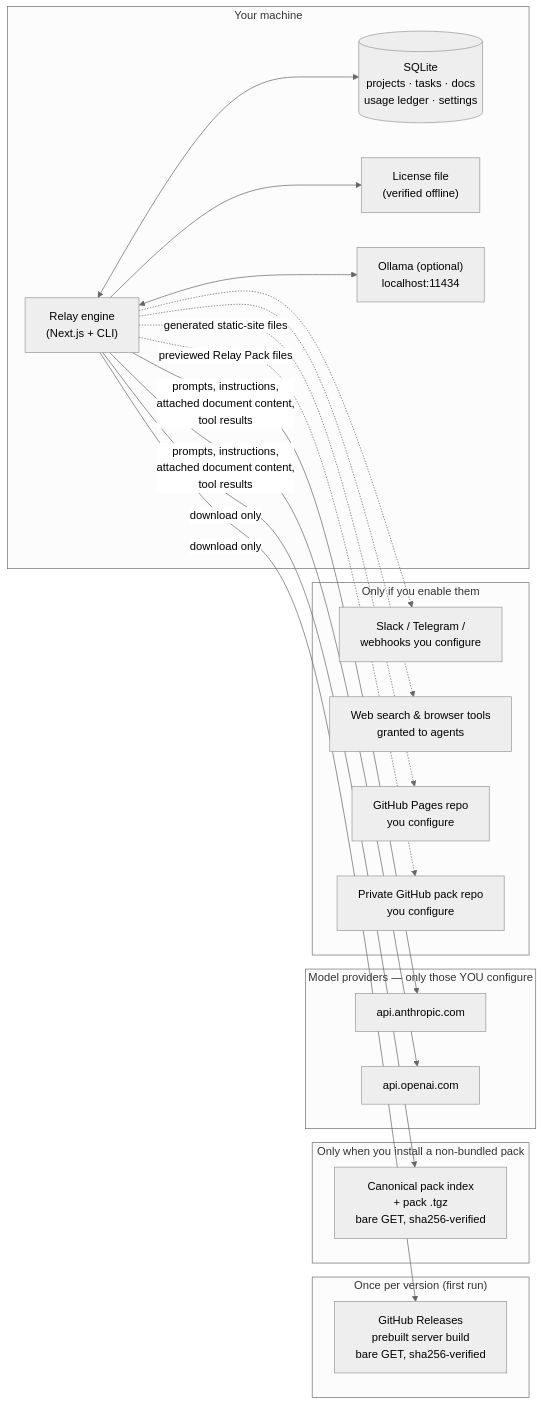
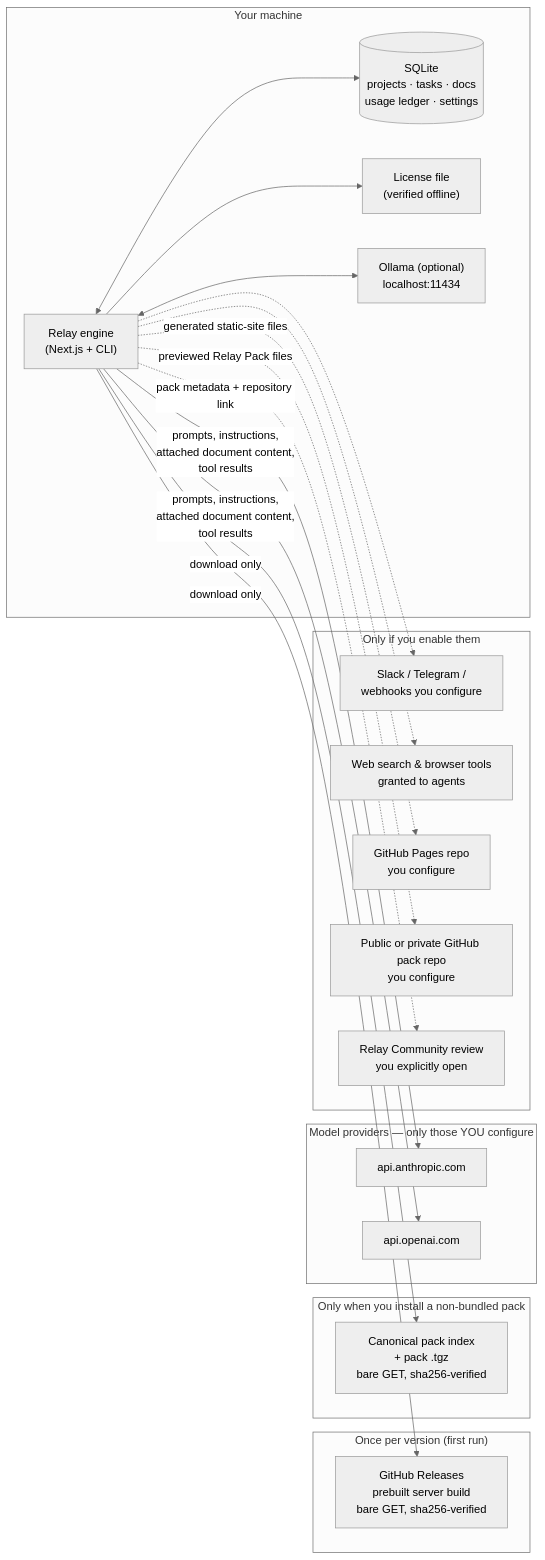
The diagram in docs/trust/data-flow.md (orionfold/relay), drawn with Mermaid (neutral theme) before and after one commit. The commit also changed other lines of this file and 41 other files, not shown here.

Commit message:
feat(packs): generalize GitHub publishing for 0.37.0

````diff
--- a/docs/trust/data-flow.md
+++ b/docs/trust/data-flow.md
@@ -15,41 +15,43 @@
 ```mermaid
 flowchart LR
     subgraph yours["Your machine"]
         relay["Relay engine<br/>(Next.js + CLI)"]
         db[("SQLite<br/>projects · tasks · docs<br/>usage ledger · settings")]
         lic["License file<br/>(verified offline)"]
         ollama["Ollama (optional)<br/>localhost:11434"]
         relay <--> db
         relay --> lic
         relay <--> ollama
     end
 
     subgraph once["Once per version (first run)"]
         gh["GitHub Releases<br/>prebuilt server build<br/>bare GET, sha256-verified"]
     end
 
     subgraph packfetch["Only when you install a non-bundled pack"]
         pidx["Canonical pack index<br/>+ pack .tgz<br/>bare GET, sha256-verified"]
     end
 
     subgraph providers["Model providers — only those YOU configure"]
         ant["api.anthropic.com"]
         oai["api.openai.com"]
     end
 
     subgraph optin["Only if you enable them"]
         chan["Slack / Telegram /<br/>webhooks you configure"]
         tools["Web search & browser tools<br/>granted to agents"]
         pages["GitHub Pages repo<br/>you configure"]
-        packrepo["Private GitHub pack repo<br/>you configure"]
+        packrepo["Public or private GitHub pack repo<br/>you configure"]
+        review["Relay Community review<br/>you explicitly open"]
     end
 
     relay -->|"download only"| gh
     relay -->|"download only"| pidx
     relay -->|"prompts, instructions,<br/>attached document content,<br/>tool results"| ant
     relay -->|"prompts, instructions,<br/>attached document content,<br/>tool results"| oai
     relay -.-> chan
     relay -.-> tools
     relay -.->|"generated static-site files"| pages
     relay -.->|"previewed Relay Pack files"| packrepo
+    relay -.->|"pack metadata + repository link"| review
 ```
````
